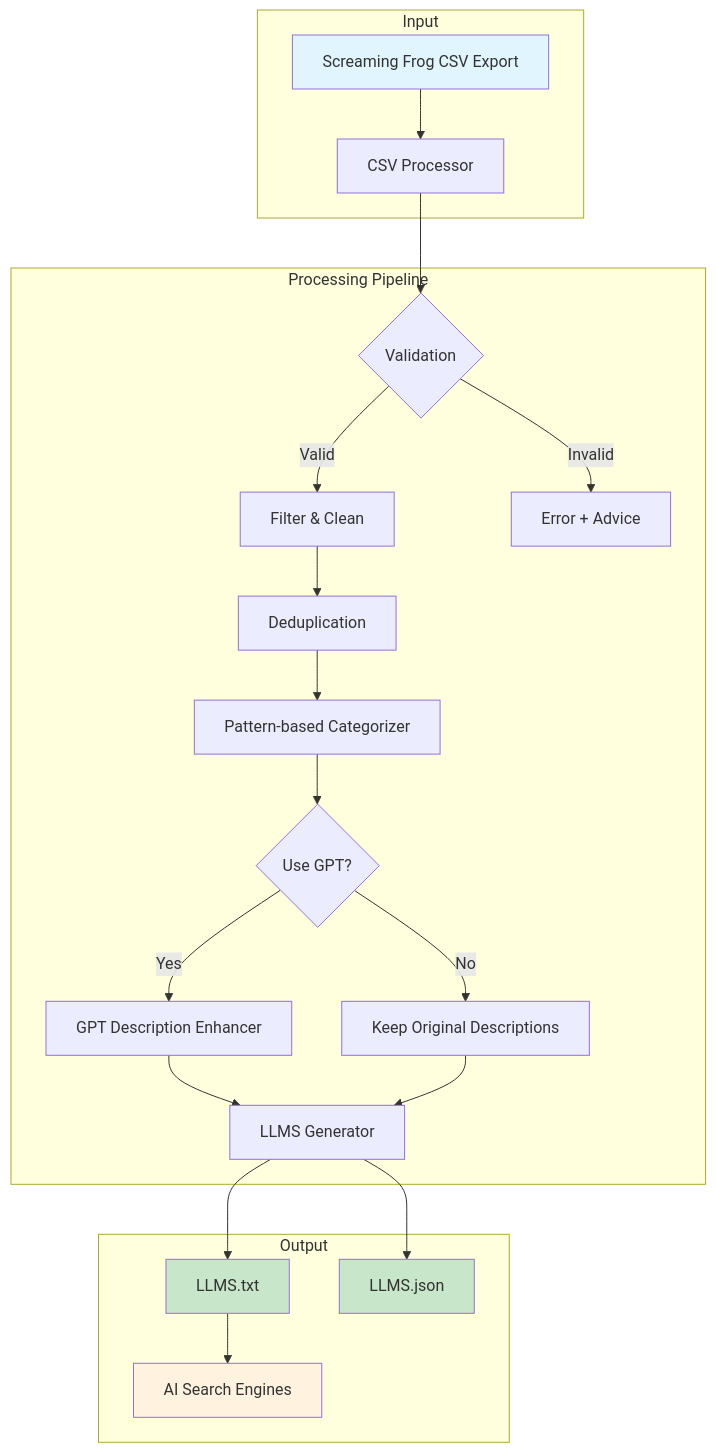
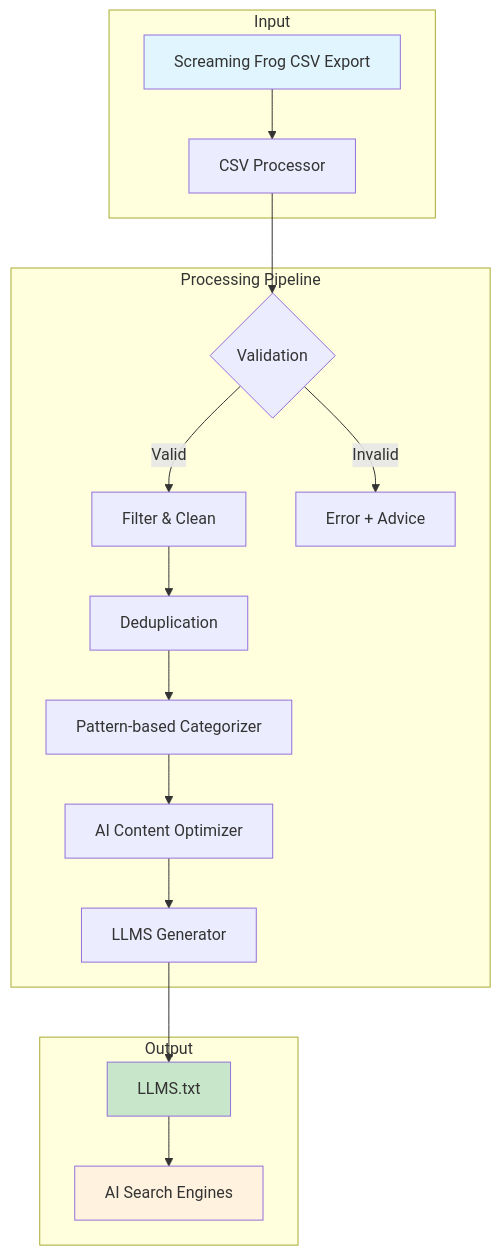
The diagram in README.md (reallyreallyryan/llms-file-builder), drawn with Mermaid before and after one commit. The commit also changed other lines of this file and 5 other files, not shown here.

````diff
--- a/README.md
+++ b/README.md
@@ -15,30 +15,25 @@
 ```mermaid
 graph TB
     subgraph "Input"
         A[Screaming Frog CSV Export] --> B[CSV Processor]
     end
     
     subgraph "Processing Pipeline"
         B --> C{Validation}
         C -->|Valid| D[Filter & Clean]
         C -->|Invalid| E[Error + Advice]
         D --> F[Deduplication]
         F --> G[Pattern-based Categorizer]
-        G --> H{Use GPT?}
-        H -->|Yes| I[GPT Description Enhancer]
-        H -->|No| J[Keep Original Descriptions]
-        I --> K[LLMS Generator]
-        J --> K
+        G --> H[AI Content Optimizer]
+        H --> I[LLMS Generator]
     end
     
     subgraph "Output"
-        K --> L[LLMS.txt]
-        K --> M[LLMS.json]
+        I --> L[LLMS.txt]
         L --> N[AI Search Engines]
     end
     
     style A fill:#e1f5fe
     style L fill:#c8e6c9
-    style M fill:#c8e6c9
     style N fill:#fff3e0
 ```
````
